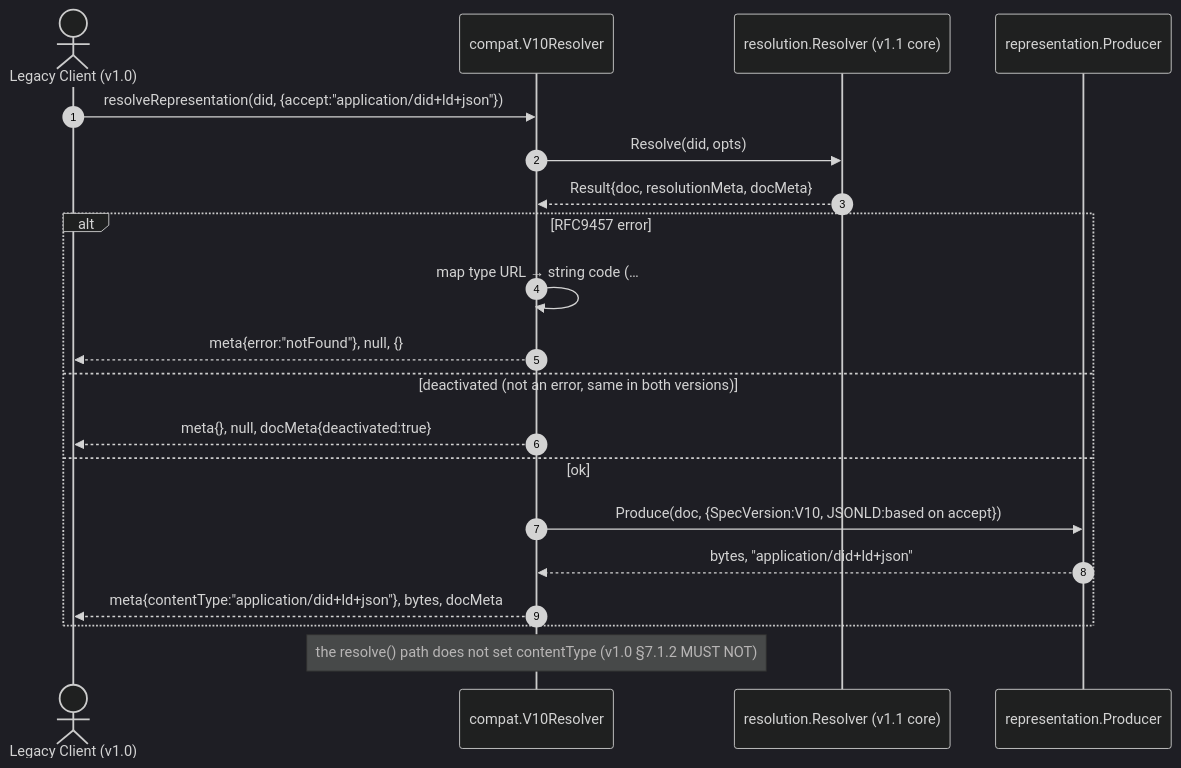
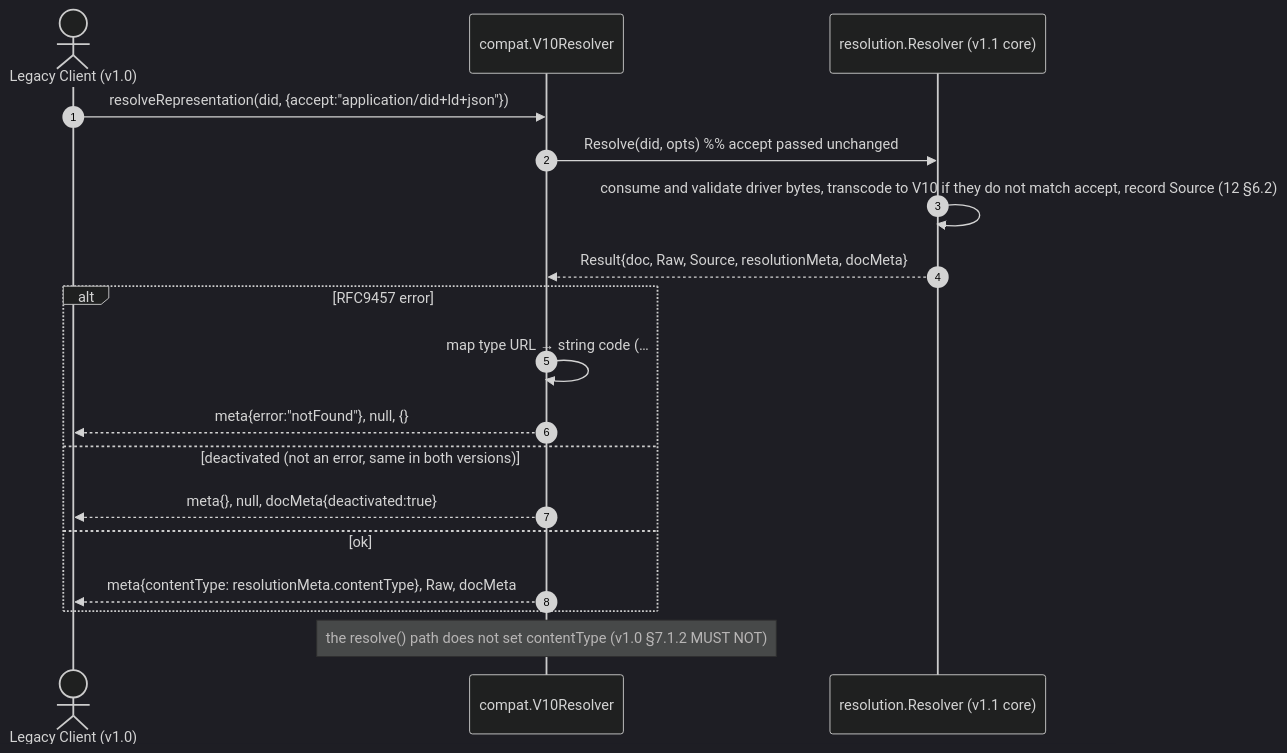
Before and after one commit to SAGE-X-project/did-go: the tenth of 10 diagrams in docs/02-sequence-diagrams.md, drawn with Mermaid (dark theme). The commit also changed other lines of this file and 10 other files, not shown here.

Commit message:
docs: make every driver output pass standard validation and unify version detection

````diff
--- a/docs/02-sequence-diagrams.md
+++ b/docs/02-sequence-diagrams.md
@@ -294,23 +295,21 @@
 ```mermaid
 sequenceDiagram
     autonumber
     actor L as Legacy Client (v1.0)
     participant C10 as compat.V10Resolver
     participant R as resolution.Resolver (v1.1 core)
-    participant Prod as representation.Producer
 
     L->>C10: resolveRepresentation(did, {accept:"application/did+ld+json"})
-    C10->>R: Resolve(did, opts)
-    R-->>C10: Result{doc, resolutionMeta, docMeta}
+    C10->>R: Resolve(did, opts)  %% accept passed unchanged
+    R->>R: consume and validate driver bytes, transcode to V10 if they do not match accept, record Source (12 §6.2)
+    R-->>C10: Result{doc, Raw, Source, resolutionMeta, docMeta}
     alt RFC9457 error
         C10->>C10: map type URL → string code (…#NOT_FOUND → "notFound", 09 §6.1)
         C10-->>L: meta{error:"notFound"}, null, {}
     else deactivated (not an error, same in both versions)
         C10-->>L: meta{}, null, docMeta{deactivated:true}
     else ok
-        C10->>Prod: Produce(doc, {SpecVersion:V10, JSONLD:based on accept})
-        Prod-->>C10: bytes, "application/did+ld+json"
-        C10-->>L: meta{contentType:"application/did+ld+json"}, bytes, docMeta
+        C10-->>L: meta{contentType: resolutionMeta.contentType}, Raw, docMeta
     end
     Note over C10: the resolve() path does not set contentType (v1.0 §7.1.2 MUST NOT)
 ```
````
